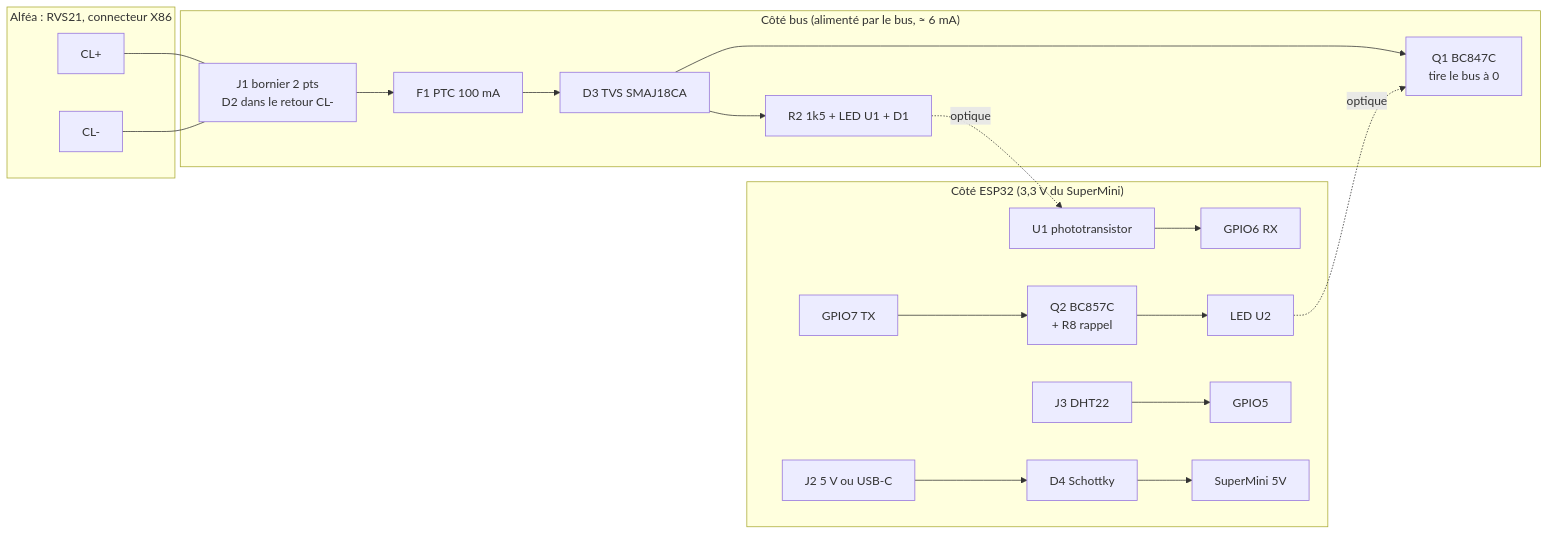
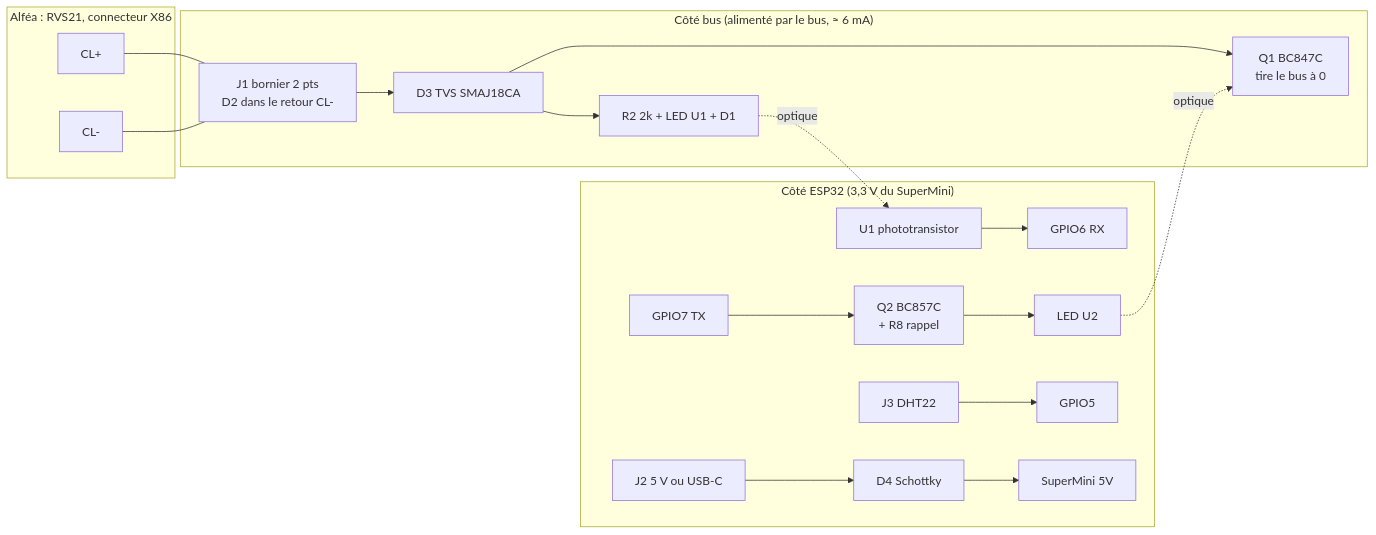
Before and after one commit to adn05/BSB-LAN: the diagram in docs/claude/09_design_carte_interface.md, drawn with Mermaid. The commit also changed other lines of this file and 8 other files, not shown here.

````diff
--- a/docs/claude/09_design_carte_interface.md
+++ b/docs/claude/09_design_carte_interface.md
@@ -15,23 +15,22 @@
 ```mermaid
 flowchart LR
   subgraph PAC["Alféa : RVS21, connecteur X86"]
     CLP[CL+]
     CLM[CL-]
   end
   subgraph BUS["Côté bus (alimenté par le bus, ≈ 6 mA)"]
-    J1[J1 bornier 2 pts<br/>D2 dans le retour CL-] --> F1[F1 PTC 100 mA]
-    F1 --> TVS[D3 TVS SMAJ18CA]
-    TVS --> RXL[R2 1k5 + LED U1 + D1]
+    J1[J1 bornier 2 pts<br/>D2 dans le retour CL-] --> TVS[D3 TVS SMAJ18CA]
+    TVS --> RXL[R2 2k + LED U1 + D1]
     TVS --> Q1[Q1 BC847C<br/>tire le bus à 0]
   end
   subgraph MCU["Côté ESP32 (3,3 V du SuperMini)"]
     U1T[U1 phototransistor] --> RX[GPIO6 RX]
     TX[GPIO7 TX] --> Q2[Q2 BC857C<br/>+ R8 rappel] --> U2L[LED U2]
     DHT[J3 DHT22] --> G5[GPIO5]
     P5[J2 5 V ou USB-C] --> D4[D4 Schottky] --> SM[SuperMini 5V]
   end
   CLP --- J1
   CLM --- J1
   RXL -. optique .-> U1T
   U2L -. optique .-> Q1
 ```
````
